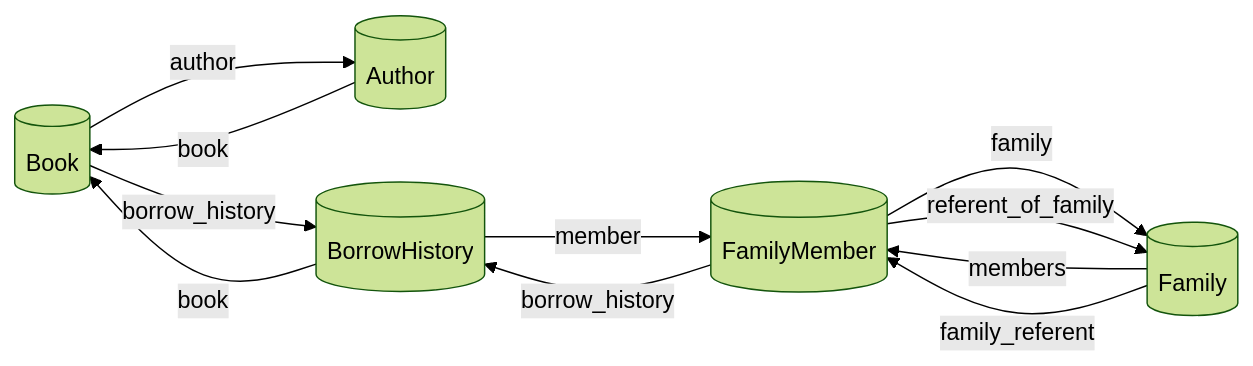
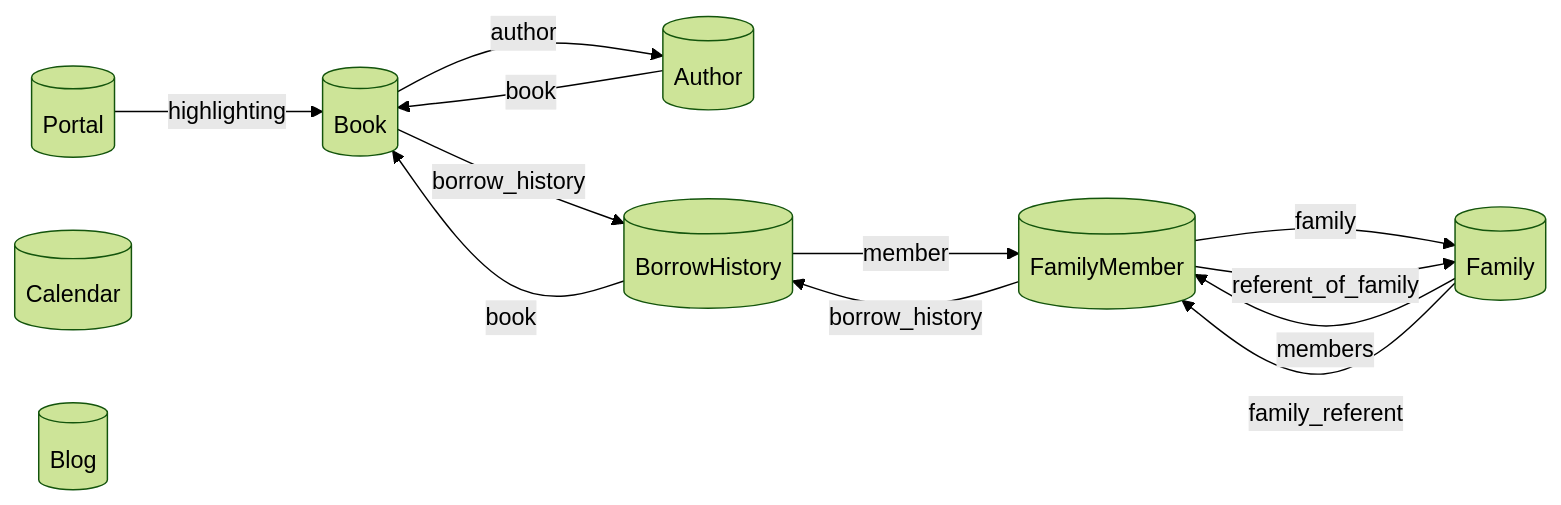
Before and after one commit to denis-jullien/leafy-ils-fast: the first of 2 diagrams in design/database_details.md, drawn with Mermaid (forest theme). The commit also changed other lines of this file and 3 other files, not shown here.

````diff
--- a/design/database_details.md
+++ b/design/database_details.md
@@ -73,20 +73,25 @@
 ```mermaid
 flowchart LR
     Book[(Book)]
     Author[(Author)]
     BorrowHistory[(BorrowHistory)]
     FamilyMember[(FamilyMember)]
     Family[(Family)]
+    Portal[(Portal)]
+    Calendar[(Calendar)]
+    Blog[(Blog)]
 
     Book --author--> Author
     Author --book--> Book
     BorrowHistory --book--> Book
     Book --borrow_history--> BorrowHistory
     BorrowHistory --member--> FamilyMember
     FamilyMember --borrow_history--> BorrowHistory
 
     Family --members--> FamilyMember
     FamilyMember --family--> Family
     Family --family_referent--> FamilyMember
     FamilyMember --referent_of_family--> Family
+
+    Portal --highlighting--> Book
 ```
````
